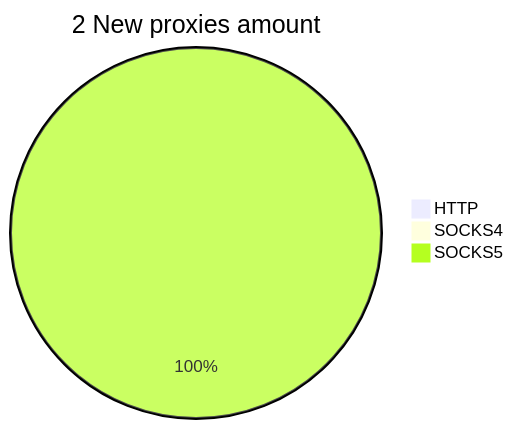
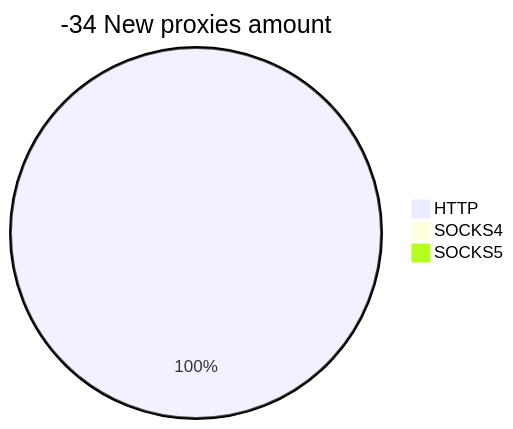
Before and after one commit to cutipu/proxylist: the second of 2 diagrams in README.md, drawn with Mermaid. The commit also changed other lines of this file, not shown here.

````diff
--- a/README.md
+++ b/README.md
@@ -10,6 +10,6 @@
 ```mermaid
-pie title 2 New proxies amount
-    "HTTP" : 0
+pie title -34 New proxies amount
+    "HTTP" : 1
     "SOCKS4" : 0
-    "SOCKS5" : 5
+    "SOCKS5" : 0
 ```
````
